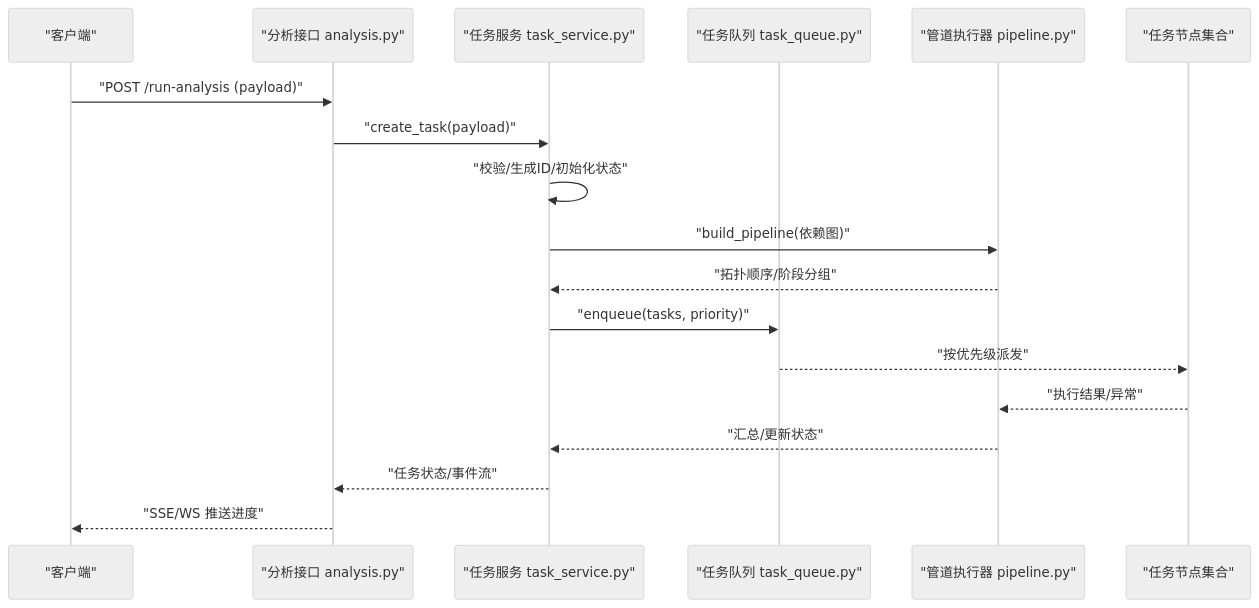
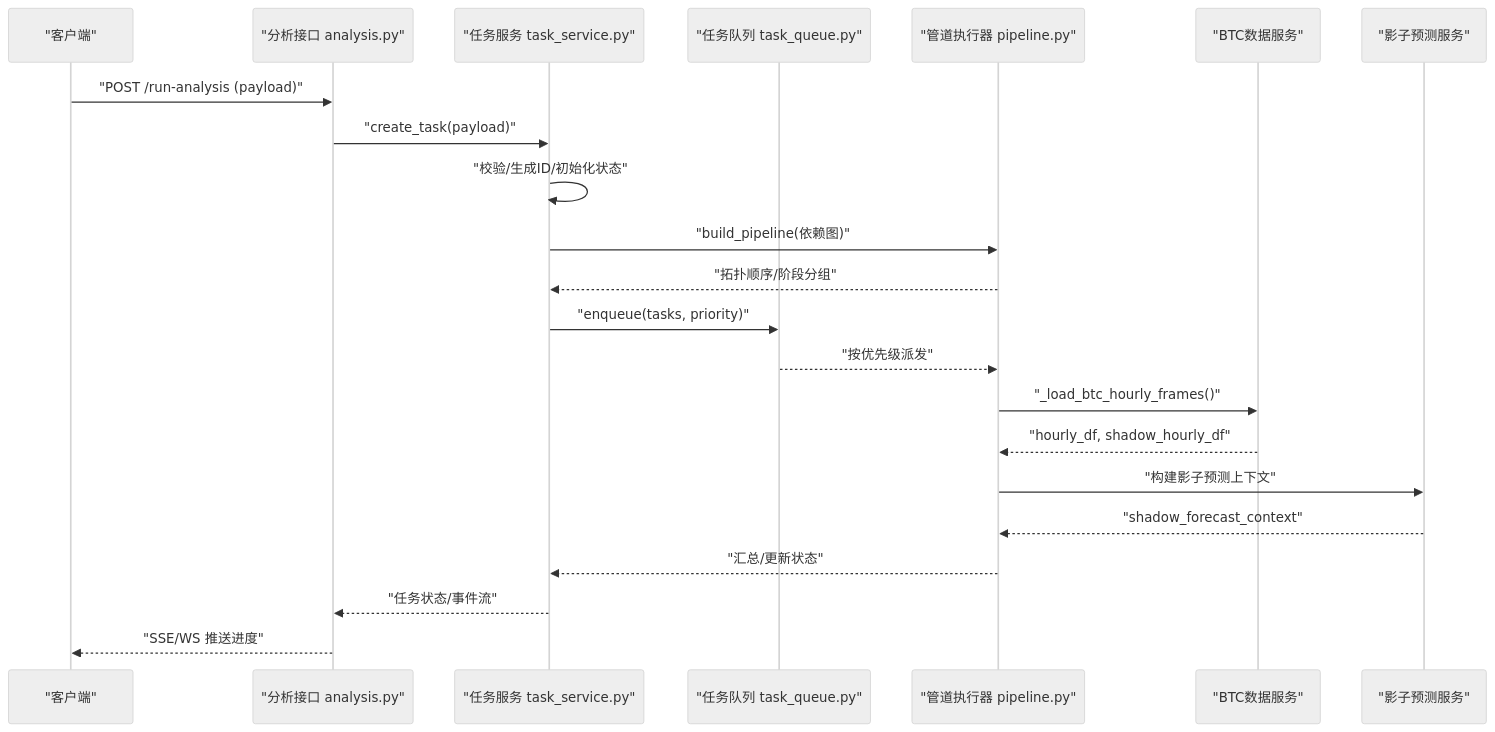
Before and after one commit to anYaoooo/daily_stock_analysis: the second of 6 diagrams in .qoder/repowiki/zh/content/交易策略系统/执行引擎/管道执行器.md, drawn with Mermaid (neutral theme). The commit also changed other lines of this file and 140 other files, not shown here.

````diff
--- a/.qoder/repowiki/zh/content/交易策略系统/执行引擎/管道执行器.md
+++ b/.qoder/repowiki/zh/content/交易策略系统/执行引擎/管道执行器.md
@@ -96,20 +114,24 @@
 ```mermaid
 sequenceDiagram
 participant Client as "客户端"
 participant API as "分析接口 analysis.py"
 participant TaskSvc as "任务服务 task_service.py"
 participant Queue as "任务队列 task_queue.py"
 participant Pipeline as "管道执行器 pipeline.py"
-participant Nodes as "任务节点集合"
+participant BTCData as "BTC数据服务"
+participant Shadow as "影子预测服务"
 Client->>API : "POST /run-analysis (payload)"
 API->>TaskSvc : "create_task(payload)"
 TaskSvc->>TaskSvc : "校验/生成ID/初始化状态"
 TaskSvc->>Pipeline : "build_pipeline(依赖图)"
 Pipeline-->>TaskSvc : "拓扑顺序/阶段分组"
 TaskSvc->>Queue : "enqueue(tasks, priority)"
-Queue-->>Nodes : "按优先级派发"
-Nodes-->>Pipeline : "执行结果/异常"
+Queue-->>Pipeline : "按优先级派发"
+Pipeline->>BTCData : "_load_btc_hourly_frames()"
+BTCData-->>Pipeline : "hourly_df, shadow_hourly_df"
+Pipeline->>Shadow : "构建影子预测上下文"
+Shadow-->>Pipeline : "shadow_forecast_context"
 Pipeline-->>TaskSvc : "汇总/更新状态"
 TaskSvc-->>API : "任务状态/事件流"
 API-->>Client : "SSE/WS 推送进度"
 ```
````
